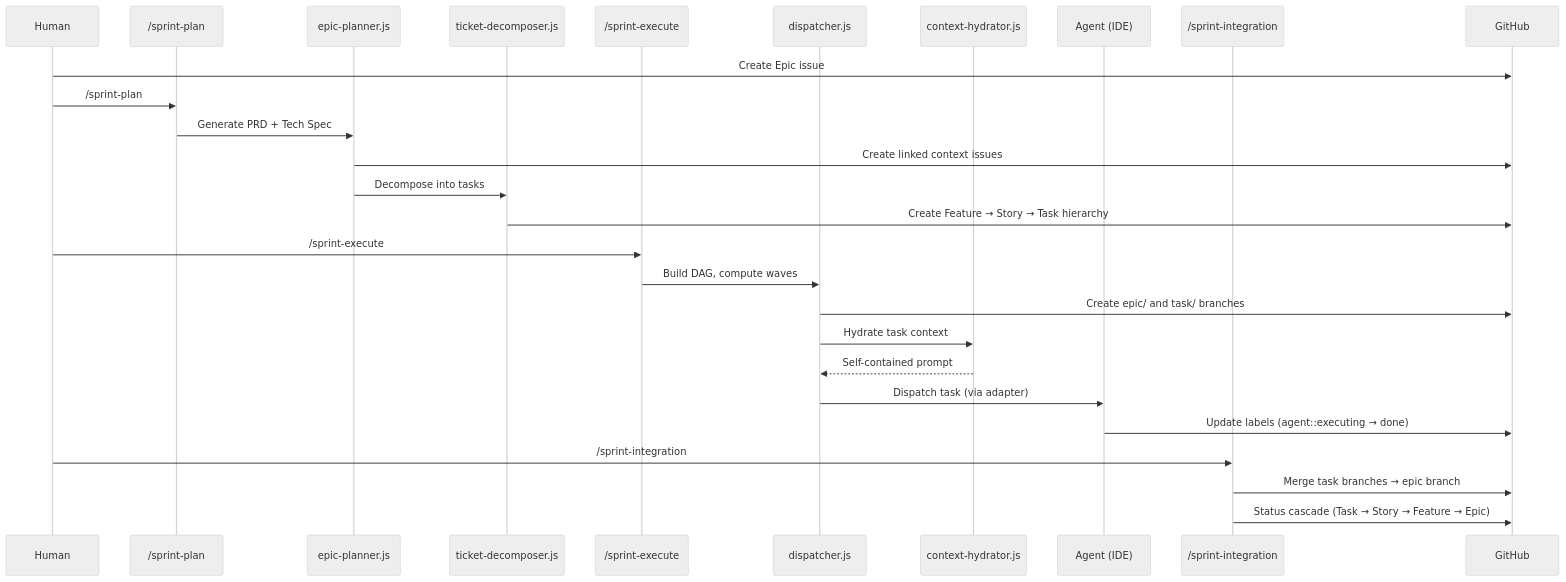
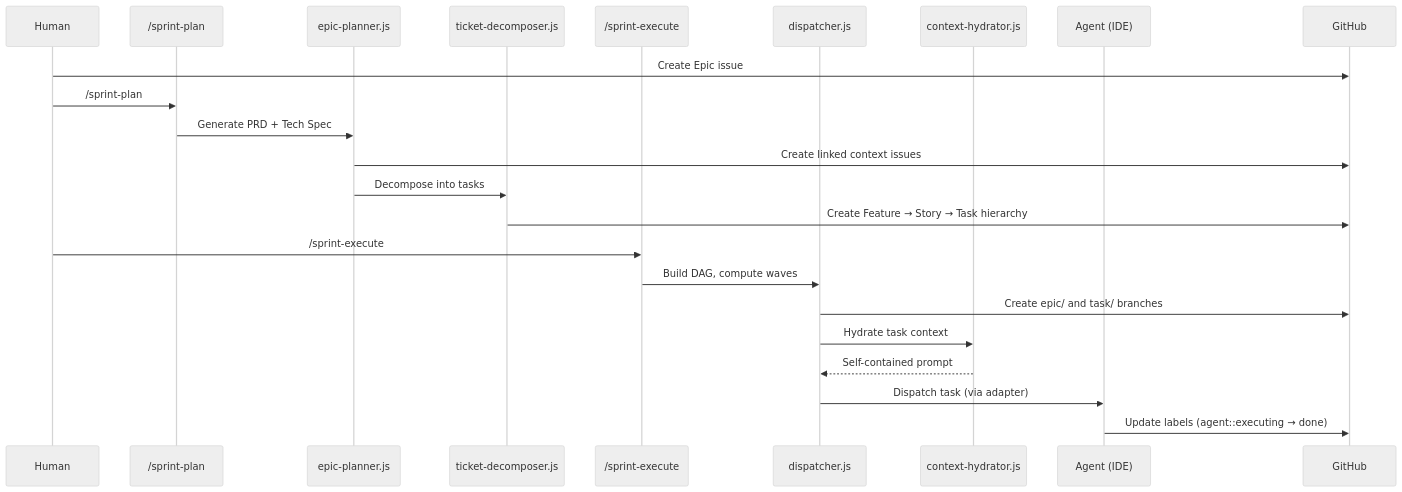
One commit to dsj1984/agent-protocols changed the eighth of 9 diagrams in docs/architecture.md. Above: the diagram before and after it, drawn with Mermaid (neutral theme). The commit also changed other lines of this file and 33 other files, not shown here.

````diff
--- a/docs/architecture.md
+++ b/docs/architecture.md
@@ -375,32 +369,27 @@
 ```mermaid
 sequenceDiagram
     participant H as Human
     participant P as /sprint-plan
     participant EP as epic-planner.js
     participant TD as ticket-decomposer.js
     participant D as /sprint-execute
     participant DI as dispatcher.js
     participant CH as context-hydrator.js
     participant A as Agent (IDE)
-    participant SI as /sprint-integration
     participant GH as GitHub
 
     H->>GH: Create Epic issue
     H->>P: /sprint-plan #EPIC
     P->>EP: Generate PRD + Tech Spec
     EP->>GH: Create linked context issues
     EP->>TD: Decompose into tasks
     TD->>GH: Create Feature → Story → Task hierarchy
 
     H->>D: /sprint-execute #EPIC
     D->>DI: Build DAG, compute waves
     DI->>GH: Create epic/ and task/ branches
     DI->>CH: Hydrate task context
     CH-->>DI: Self-contained prompt
     DI->>A: Dispatch task (via adapter)
     A->>GH: Update labels (agent::executing → done)
-
-    H->>SI: /sprint-integration
-    SI->>GH: Merge task branches → epic branch
-    SI->>GH: Status cascade (Task → Story → Feature → Epic)
 ```
````
